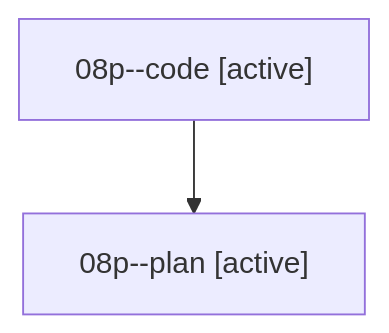
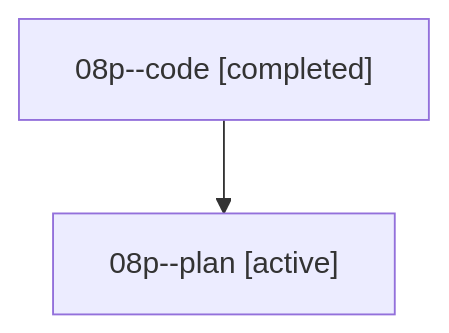
One commit to sase-org/sase--agents changed the diagram in families/bbugyi200.athena.08p.md. Above: the diagram before and after it, drawn with Mermaid. The commit also changed other lines of this file and 35830 other files, not shown here.

````diff
--- a/families/bbugyi200.athena.08p.md
+++ b/families/bbugyi200.athena.08p.md
@@ -9,6 +9,6 @@
 ```mermaid
 flowchart TD
-  n0["08p--code [active]"]
+  n0["08p--code [completed]"]
   n1["08p--plan [active]"]
   n0 --> n1
 ```
````
